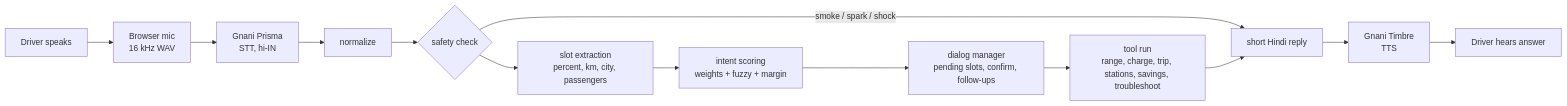
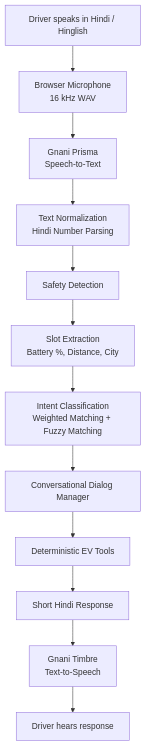
The diagram in README.md (regardsvaibhav/Intelligent-EV-Ownership-Agent), drawn with Mermaid before and after one commit. The commit also changed other lines of this file, not shown here.

````diff
--- a/README.md
+++ b/README.md
@@ -27,15 +100,18 @@
 ```mermaid
-flowchart LR
-    A[Driver speaks] --> B[Browser mic<br/>16 kHz WAV]
-    B --> C[Gnani Prisma<br/>STT, hi-IN]
-    C --> D[normalize]
-    D --> E{safety check}
-    E -- smoke / spark / shock --> R
-    E --> F[slot extraction<br/>percent, km, city, passengers]
-    F --> G[intent scoring<br/>weights + fuzzy + margin]
-    G --> H[dialog manager<br/>pending slots, confirm, follow-ups]
-    H --> I[tool run<br/>range, charge, trip, stations, savings, troubleshoot]
-    I --> R[short Hindi reply]
-    R --> S[Gnani Timbre<br/>TTS]
-    S --> T[Driver hears answer]
+flowchart TD
+    A["Driver speaks in Hindi / Hinglish"]
+    B["Browser Microphone<br/>16 kHz WAV"]
+    C["Gnani Prisma<br/>Speech-to-Text"]
+    D["Text Normalization<br/>Hindi Number Parsing"]
+    E["Safety Detection"]
+    F["Slot Extraction<br/>Battery %, Distance, City"]
+    G["Intent Classification<br/>Weighted Matching + Fuzzy Matching"]
+    H["Conversational Dialog Manager"]
+    I["Deterministic EV Tools"]
+    J["Short Hindi Response"]
+    K["Gnani Timbre<br/>Text-to-Speech"]
+    L["Driver hears response"]
+
+    A --> B --> C --> D --> E
+    E --> F --> G --> H --> I --> J --> K --> L
 ```
````
